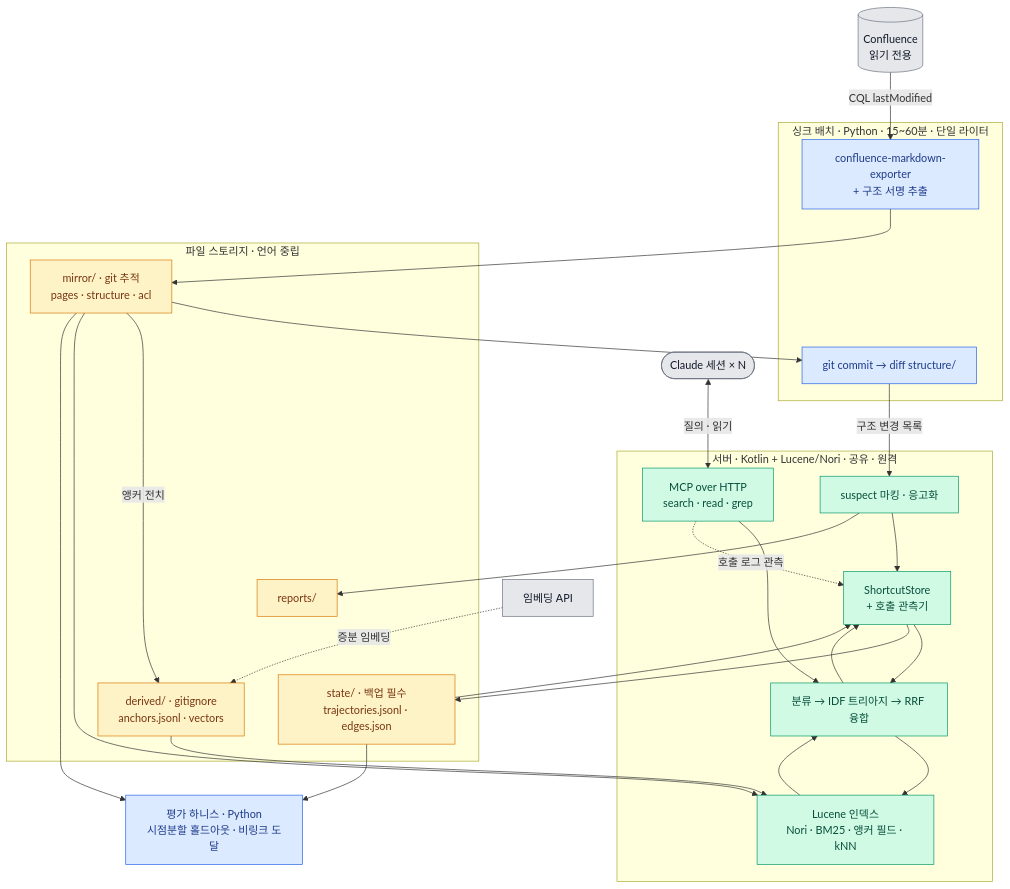
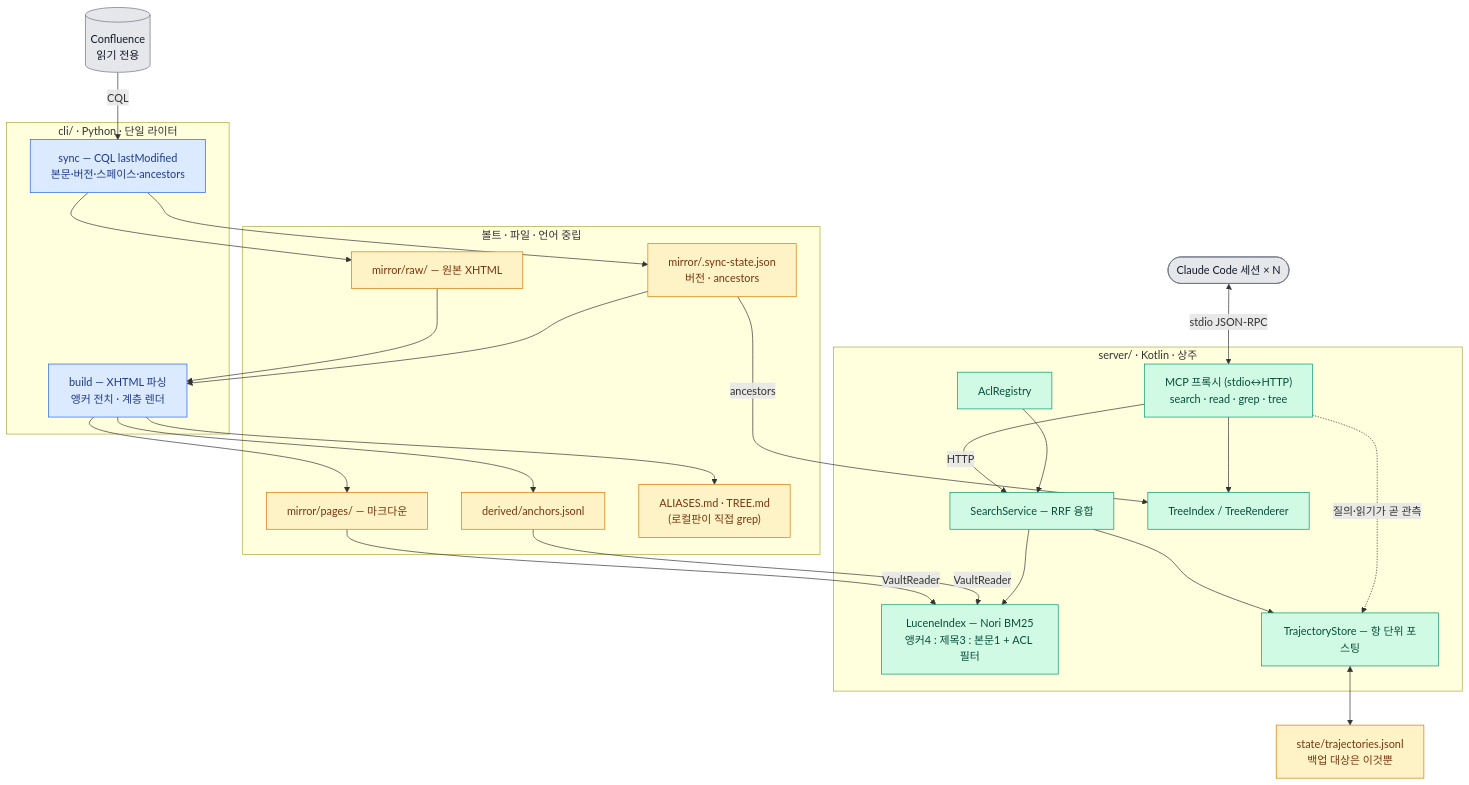
Before and after one commit to mukansei/wikilens: the first of 2 diagrams in docs/architecture.md, drawn with Mermaid. The commit also changed other lines of this file and 5 other files, not shown here.

````diff
--- a/docs/architecture.md
+++ b/docs/architecture.md
@@ -7,61 +21,60 @@
 ```mermaid
 flowchart TB
     CONF[("Confluence<br/>읽기 전용")]
-    SESS(["Claude 세션 × N"])
-    EMB["임베딩 API"]
+    SESS(["Claude Code 세션 × N"])
 
-    subgraph SYNC["싱크 배치 · Python · 15~60분 · 단일 라이터"]
-        EXP["confluence-markdown-exporter<br/>+ 구조 서명 추출"]
-        GIT["git commit → diff structure/"]
+    subgraph SYNC["cli/ · Python · 단일 라이터"]
+        SY["sync — CQL lastModified<br/>본문·버전·스페이스·ancestors"]
+        BU["build — XHTML 파싱<br/>앵커 전치 · 계층 렌더"]
     end
 
-    subgraph STORE["파일 스토리지 · 언어 중립"]
-        MIR["mirror/ · git 추적<br/>pages · structure · acl"]
-        DER["derived/ · gitignore<br/>anchors.jsonl · vectors"]
-        STA["state/ · 백업 필수<br/>trajectories.jsonl · edges.json"]
-        REP["reports/"]
+    subgraph STORE["볼트 · 파일 · 언어 중립"]
+        RAW["mirror/raw/ — 원본 XHTML"]
+        PG["mirror/pages/ — 마크다운"]
+        ST["mirror/.sync-state.json<br/>버전 · ancestors"]
+        DER["derived/anchors.jsonl"]
+        MD["ALIASES.md · TREE.md<br/>(로컬판이 직접 grep)"]
     end
 
-    subgraph SRV["서버 · Kotlin + Lucene/Nori · 공유 · 원격"]
-        MCPT["MCP over HTTP<br/>search · read · grep"]
-        QRY["분류 → IDF 트리아지 → RRF 융합"]
-        IDX["Lucene 인덱스<br/>Nori · BM25 · 앵커 필드 · kNN"]
-        L2["ShortcutStore<br/>+ 호출 관측기"]
-        MNT["suspect 마킹 · 응고화"]
+    subgraph SRV["server/ · Kotlin · 상주"]
+        MCPT["MCP 프록시 (stdio↔HTTP)<br/>search · read · grep · tree"]
+        QRY["SearchService — RRF 융합"]
+        IDX["LuceneIndex — Nori BM25<br/>앵커4 : 제목3 : 본문1 + ACL 필터"]
+        TR["TreeIndex / TreeRenderer"]
+        L2["TrajectoryStore — 항 단위 포스팅"]
+        ACLR["AclRegistry"]
     end
 
-    EVAL["평가 하니스 · Python<br/>시점분할 홀드아웃 · 비링크 도달"]
+    STA["state/trajectories.jsonl<br/>백업 대상은 이것뿐"]
 
-    CONF -->|"CQL lastModified"| EXP
-    EXP --> MIR
-    MIR --> GIT
-    GIT -->|"구조 변경 목록"| MNT
-    MIR -->|"앵커 전치"| DER
-    EMB -.->|"증분 임베딩"| DER
+    CONF -->|"CQL"| SY
+    SY --> RAW
+    SY --> ST
+    RAW --> BU
+    ST --> BU
+    BU --> PG
+    BU --> DER
+    BU --> MD
 
-    SESS <-->|"질의 · 읽기"| MCPT
-    MCPT --> QRY
+    PG -->|"VaultReader"| IDX
+    DER -->|"VaultReader"| IDX
+    ST -->|"ancestors"| TR
+
+    SESS <-->|"stdio JSON-RPC"| MCPT
+    MCPT -->|"HTTP"| QRY
     QRY --> IDX
     QRY --> L2
-    IDX --> QRY
-    L2 --> QRY
-    DER --> IDX
-    MIR --> IDX
-
-    MCPT -.->|"호출 로그 관측"| L2
-    L2 --> STA
-    STA --> L2
-    MNT --> L2
-    MNT --> REP
-    STA --> EVAL
-    MIR --> EVAL
+    ACLR --> QRY
+    MCPT --> TR
+    MCPT -.->|"질의·읽기가 곧 관측"| L2
+    L2 <--> STA
 
     classDef ext fill:#e5e7eb,stroke:#6b7280,color:#111827
     classDef py fill:#dbeafe,stroke:#2563eb,color:#1e3a8a
     classDef kt fill:#d1fae5,stroke:#059669,color:#064e3b
     classDef st fill:#fef3c7,stroke:#d97706,color:#78350f
-    class CONF,SESS,EMB ext
-    class EXP,GIT,EVAL py
-    class MCPT,QRY,IDX,L2,MNT kt
-    class MIR,DER,STA,REP st
+    class CONF,SESS ext
+    class SY,BU py
+    class MCPT,QRY,IDX,TR,L2,ACLR kt
+    class RAW,PG,ST,DER,MD,STA st
 ```
````
